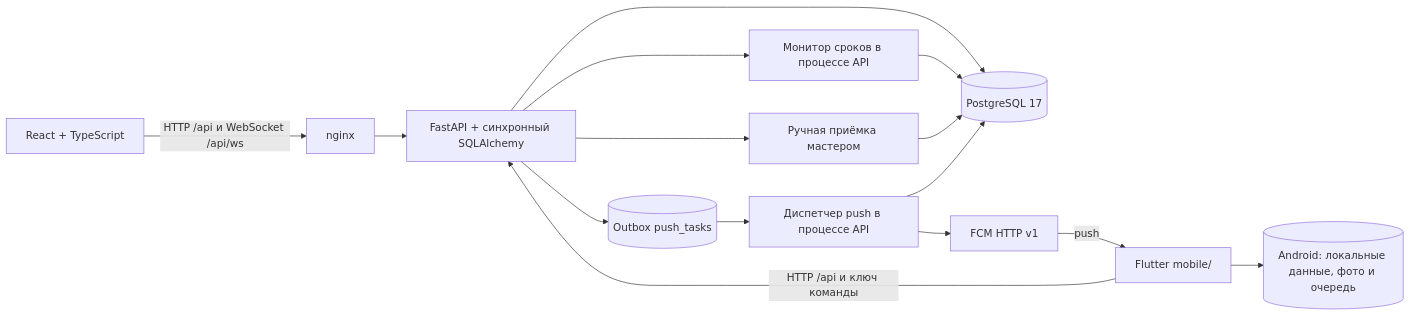
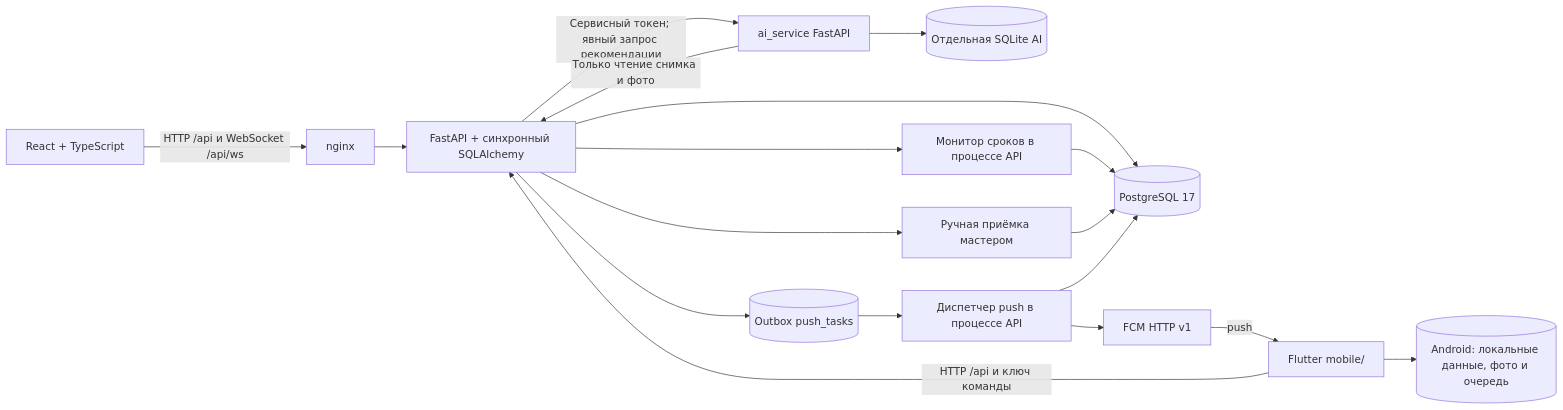
The first of 2 diagrams in docs/architecture.md (bshakaryan/km_case_hack), drawn with Mermaid before and after one commit. The commit also changed other lines of this file and 84 other files, not shown here.

````diff
--- a/docs/architecture.md
+++ b/docs/architecture.md
@@ -13,17 +13,20 @@
 ```mermaid
 flowchart LR
   B[React + TypeScript] -->|HTTP /api и WebSocket /api/ws| N[nginx]
   N --> A[FastAPI + синхронный SQLAlchemy]
   F[Flutter mobile/] -->|HTTP /api и ключ команды| A
   F --> L[(Android: локальные данные, фото и очередь)]
   A --> D[(PostgreSQL 17)]
+  A -->|Сервисный токен; явный запрос рекомендации| AI[ai_service FastAPI]
+  AI -->|Только чтение снимка и фото| A
+  AI --> AID[(Отдельная SQLite AI)]
   A --> M[Монитор сроков в процессе API]
   M --> D
   A --> H[Ручная приёмка мастером]
   H --> D
   A --> O[(Outbox push_tasks)]
   O --> DISP[Диспетчер push в процессе API]
   DISP --> D
   DISP --> FCM[FCM HTTP v1]
   FCM -->|push| F
 ```
````
